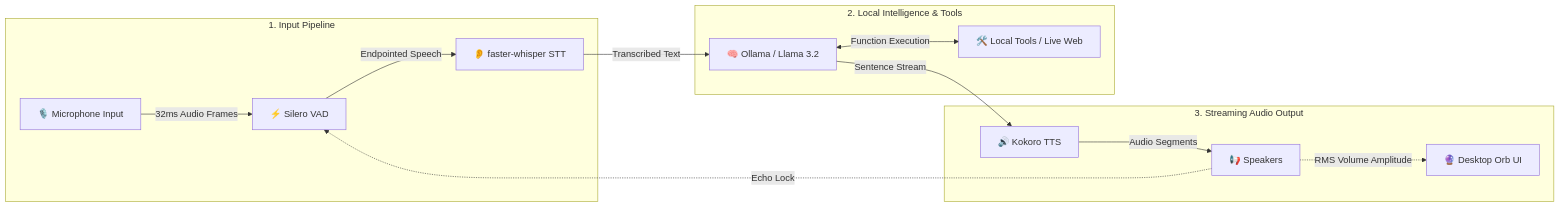
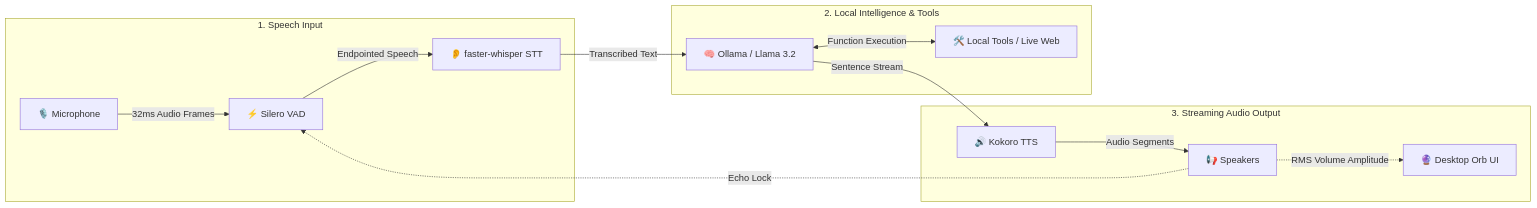
One commit to saikrishnaallam/jarvis_ai changed the diagram in README.md. Above: the diagram before and after it, drawn with Mermaid. The commit also changed other lines of this file, not shown here.

````diff
--- a/README.md
+++ b/README.md
@@ -19,19 +60,19 @@
 ```mermaid
 flowchart LR
-    subgraph Input ["1. Input Pipeline"]
-        A[🎙️ Microphone Input] -->|32ms Audio Frames| B[⚡ Silero VAD]
+    subgraph Input ["1. Speech Input"]
+        A[🎙️ Microphone] -->|32ms Audio Frames| B[⚡ Silero VAD]
         B -->|Endpointed Speech| C[👂 faster-whisper STT]
     end
 
     subgraph Intelligence ["2. Local Intelligence & Tools"]
         C -->|Transcribed Text| D[🧠 Ollama / Llama 3.2]
         D <-->|Function Execution| E[🛠️ Local Tools / Live Web]
     end
 
     subgraph Output ["3. Streaming Audio Output"]
         D -->|Sentence Stream| F[🔊 Kokoro TTS]
         F -->|Audio Segments| G[📢 Speakers]
         G -.->|RMS Volume Amplitude| H[🔮 Desktop Orb UI]
         G -.->|Echo Lock| B
     end
 ```
````
